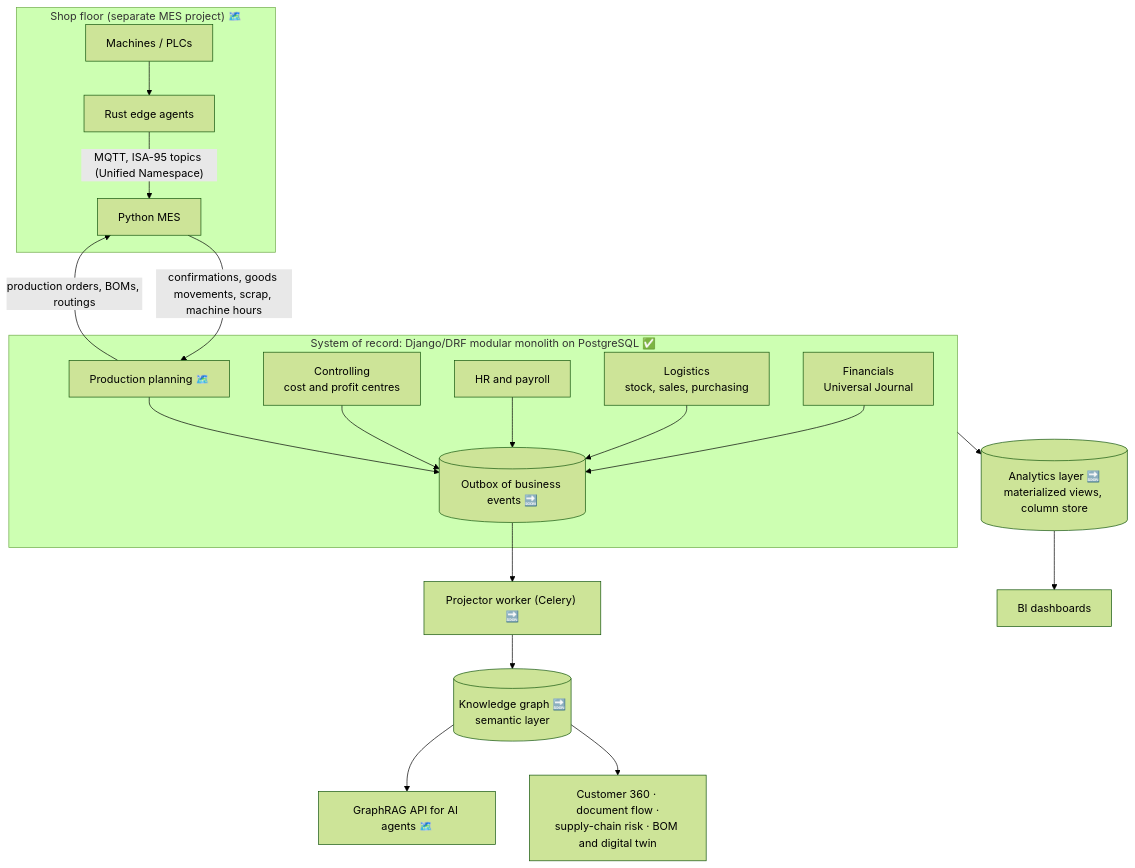
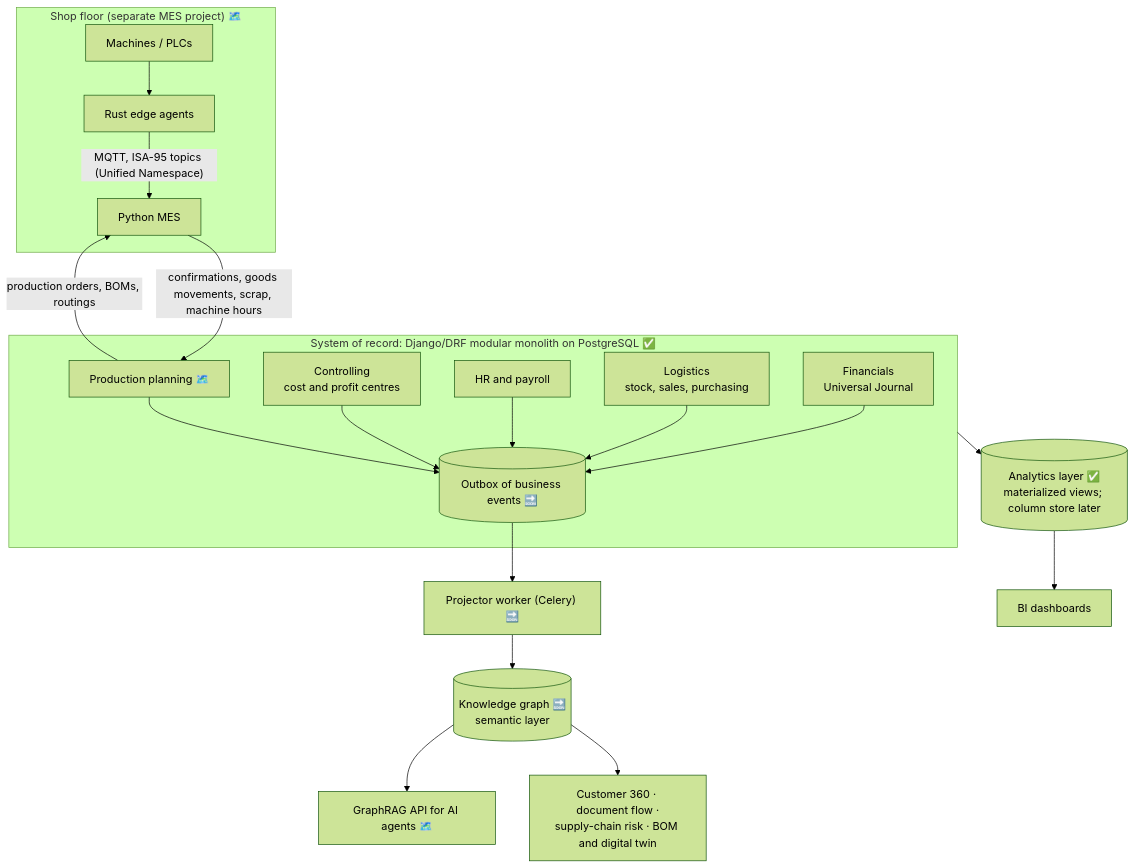
The diagram in docs/ARCHITECTURE.md (mokwenaanthony-dev/ERP-Intelligence), drawn with Mermaid (forest theme) before and after one commit. The commit also changed other lines of this file and 22 other files, not shown here.

Commit message:
Wave 4a: analytics layer (reporting views, financial statements, margins, stock ageing, payroll cost)

````diff
--- a/docs/ARCHITECTURE.md
+++ b/docs/ARCHITECTURE.md
@@ -12,28 +12,28 @@
 ```mermaid
 flowchart TB
     subgraph Floor["Shop floor (separate MES project) 🗺️"]
         PLC["Machines / PLCs"] --> EDGE["Rust edge agents"]
         EDGE -- "MQTT, ISA-95 topics (Unified Namespace)" --> MES["Python MES"]
     end
 
     subgraph Core["System of record: Django/DRF modular monolith on PostgreSQL ✅"]
         FI["Financials<br/>Universal Journal"]
         LO["Logistics<br/>stock, sales, purchasing"]
         HR["HR and payroll"]
         CO["Controlling<br/>cost and profit centres"]
         PP["Production planning 🗺️"]
         OUT[("Outbox of business events 🔜")]
         FI & LO & HR & CO & PP --> OUT
     end
 
     MES -- "confirmations, goods movements, scrap, machine hours" --> PP
     PP -- "production orders, BOMs, routings" --> MES
 
     OUT --> PROJ["Projector worker (Celery) 🔜"]
     PROJ --> KG[("Knowledge graph 🔜<br/>semantic layer")]
-    Core --> AN[("Analytics layer 🔜<br/>materialized views, column store")]
+    Core --> AN[("Analytics layer ✅<br/>materialized views; column store later")]
 
     KG --> RAG["GraphRAG API for AI agents 🗺️"]
     KG --> APPS["Customer 360 · document flow ·<br/>supply-chain risk · BOM and digital twin"]
     AN --> BI["BI dashboards"]
 ```
````
